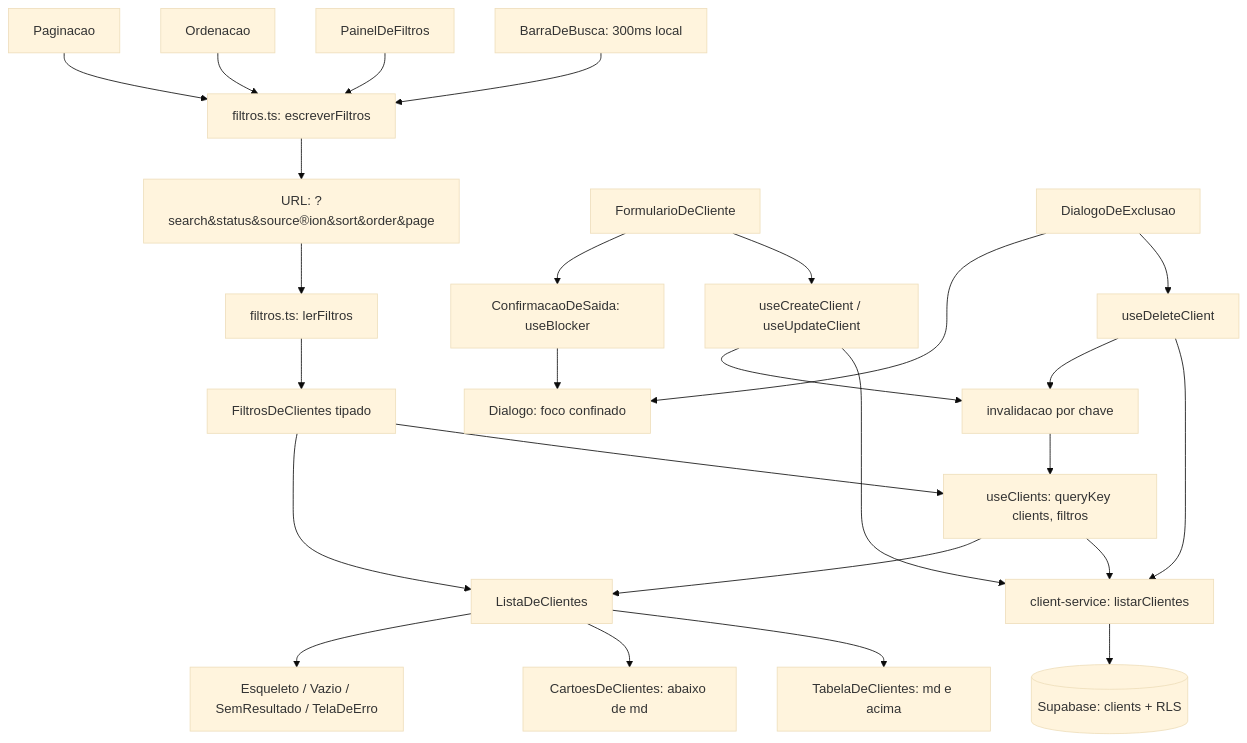
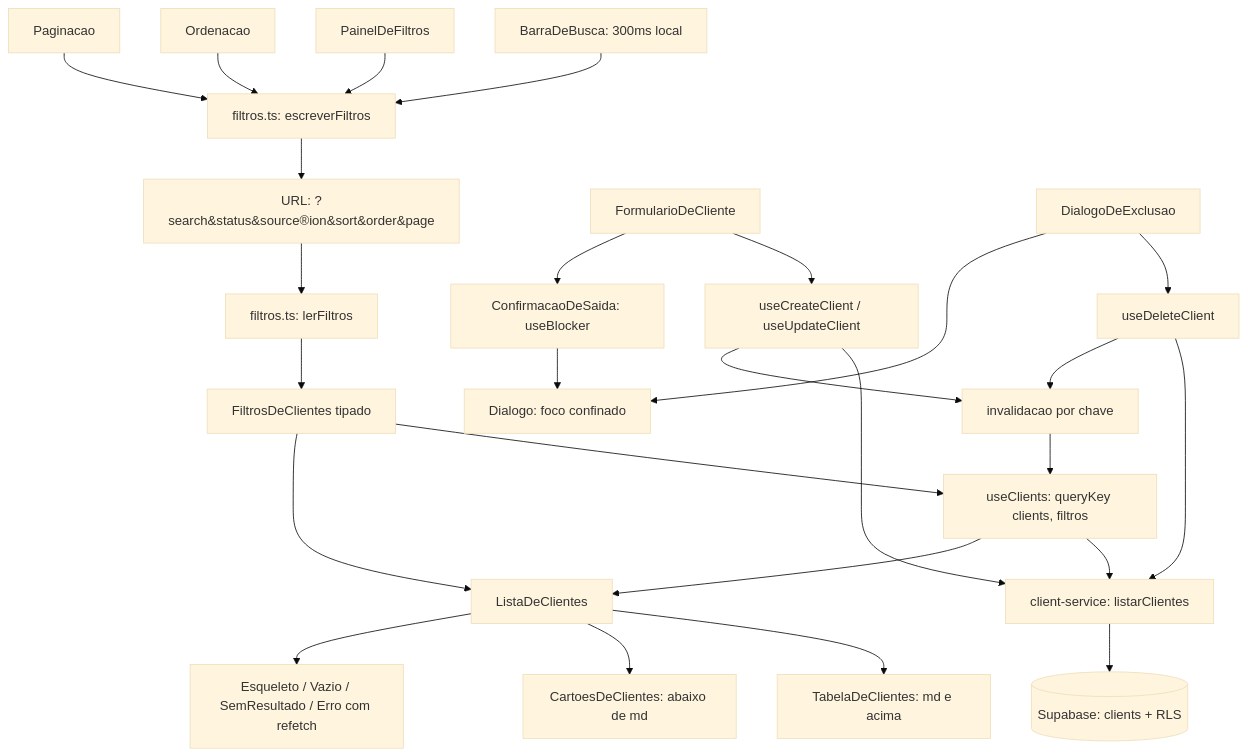
Before and after one commit to adrpnt/crm-imob: the diagram in .specs/features/clients/design.md, drawn with Mermaid (base theme). The commit also changed other lines of this file, not shown here.

First line of the commit message:
docs(clients): corrige o desenho sobre o estado de erro da listagem

````diff
--- a/.specs/features/clients/design.md
+++ b/.specs/features/clients/design.md
@@ -80,33 +80,33 @@
 ```mermaid
 graph TD
     URL[URL: ?search&status&source&region&sort&order&page]
     URL --> LER[filtros.ts: lerFiltros]
     LER --> F[FiltrosDeClientes tipado]
     F --> HK[useClients: queryKey clients, filtros]
     HK --> SVC[client-service: listarClientes]
     SVC --> PG[(Supabase: clients + RLS)]
 
     BB[BarraDeBusca: 300ms local] --> ESC[filtros.ts: escreverFiltros]
     PF[PainelDeFiltros] --> ESC
     ORD[Ordenacao] --> ESC
     PAG[Paginacao] --> ESC
     ESC --> URL
 
     F --> TELA[ListaDeClientes]
     HK --> TELA
     TELA --> TAB[TabelaDeClientes: md e acima]
     TELA --> CAR[CartoesDeClientes: abaixo de md]
-    TELA --> EST[Esqueleto / Vazio / SemResultado / TelaDeErro]
+    TELA --> EST[Esqueleto / Vazio / SemResultado / Erro com refetch]
 
     FORM[FormularioDeCliente] --> MUT[useCreateClient / useUpdateClient]
     DEL[DialogoDeExclusao] --> MUTD[useDeleteClient]
     MUT --> SVC
     MUTD --> SVC
     MUT --> INV[invalidacao por chave]
     MUTD --> INV
     INV --> HK
 
     FORM --> BLK[ConfirmacaoDeSaida: useBlocker]
     BLK --> DLG[Dialogo: foco confinado]
     DEL --> DLG
 ```
````
